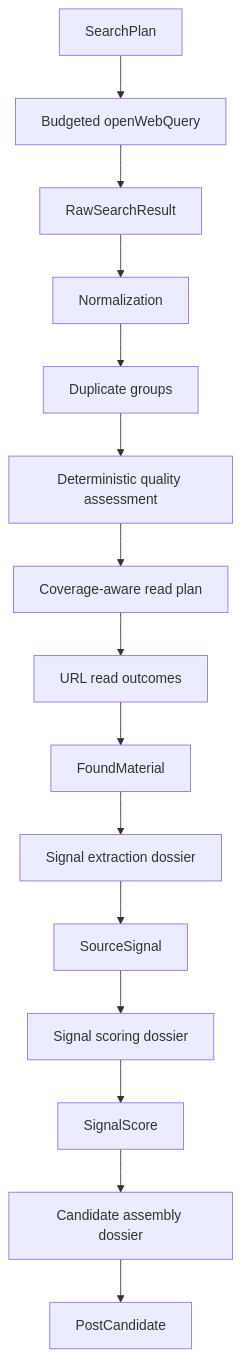
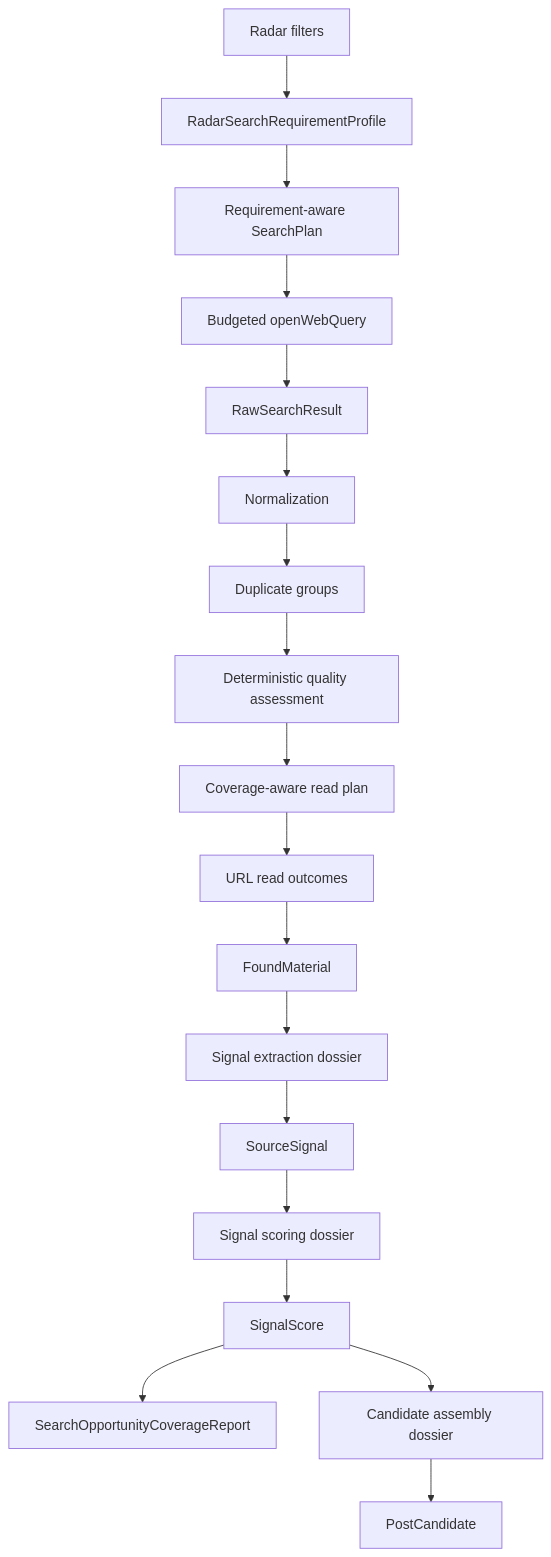
Before and after one commit to mudrezzz/glavred: the diagram in docs/architecture/RADAR_TO_CANDIDATE_PIPELINE_TO_BE_2_17_4_6_2.md, drawn with Mermaid. The commit also changed other lines of this file and 65 other files, not shown here.

Commit message:
Align radar search with editorial filters

````diff
--- a/docs/architecture/RADAR_TO_CANDIDATE_PIPELINE_TO_BE_2_17_4_6_2.md
+++ b/docs/architecture/RADAR_TO_CANDIDATE_PIPELINE_TO_BE_2_17_4_6_2.md
@@ -35,17 +36,20 @@
 ```mermaid
 flowchart TD
-    A[SearchPlan] --> B[Budgeted openWebQuery]
+    R[Radar filters] --> Q[RadarSearchRequirementProfile]
+    Q --> A[Requirement-aware SearchPlan]
+    A --> B[Budgeted openWebQuery]
     B --> C[RawSearchResult]
     C --> D[Normalization]
     D --> E[Duplicate groups]
     E --> F[Deterministic quality assessment]
     F --> G[Coverage-aware read plan]
     G --> H[URL read outcomes]
     H --> I[FoundMaterial]
     I --> J[Signal extraction dossier]
     J --> K[SourceSignal]
     K --> L[Signal scoring dossier]
     L --> M[SignalScore]
+    M --> Y[SearchOpportunityCoverageReport]
     M --> N[Candidate assembly dossier]
     N --> O[PostCandidate]
 ```
````
